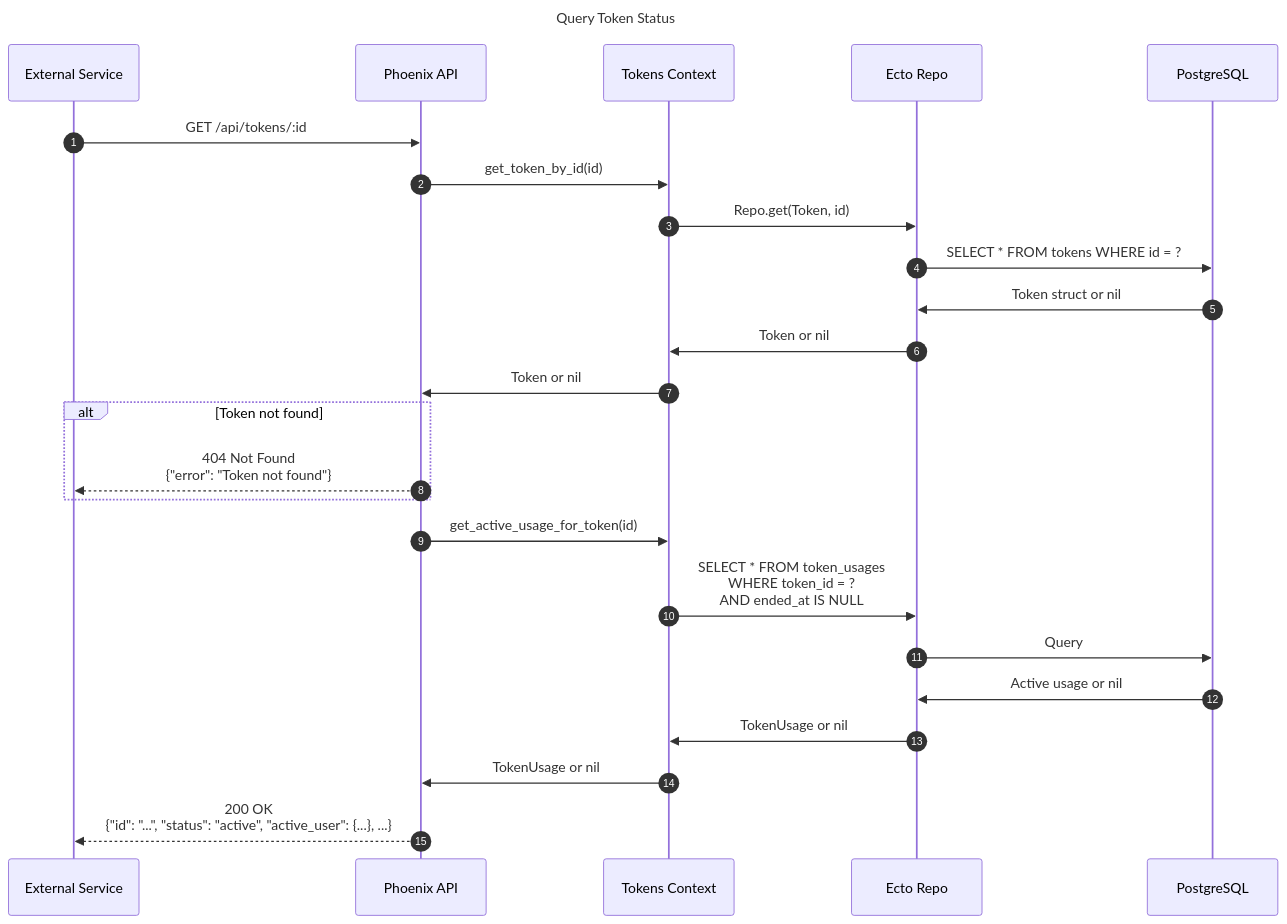
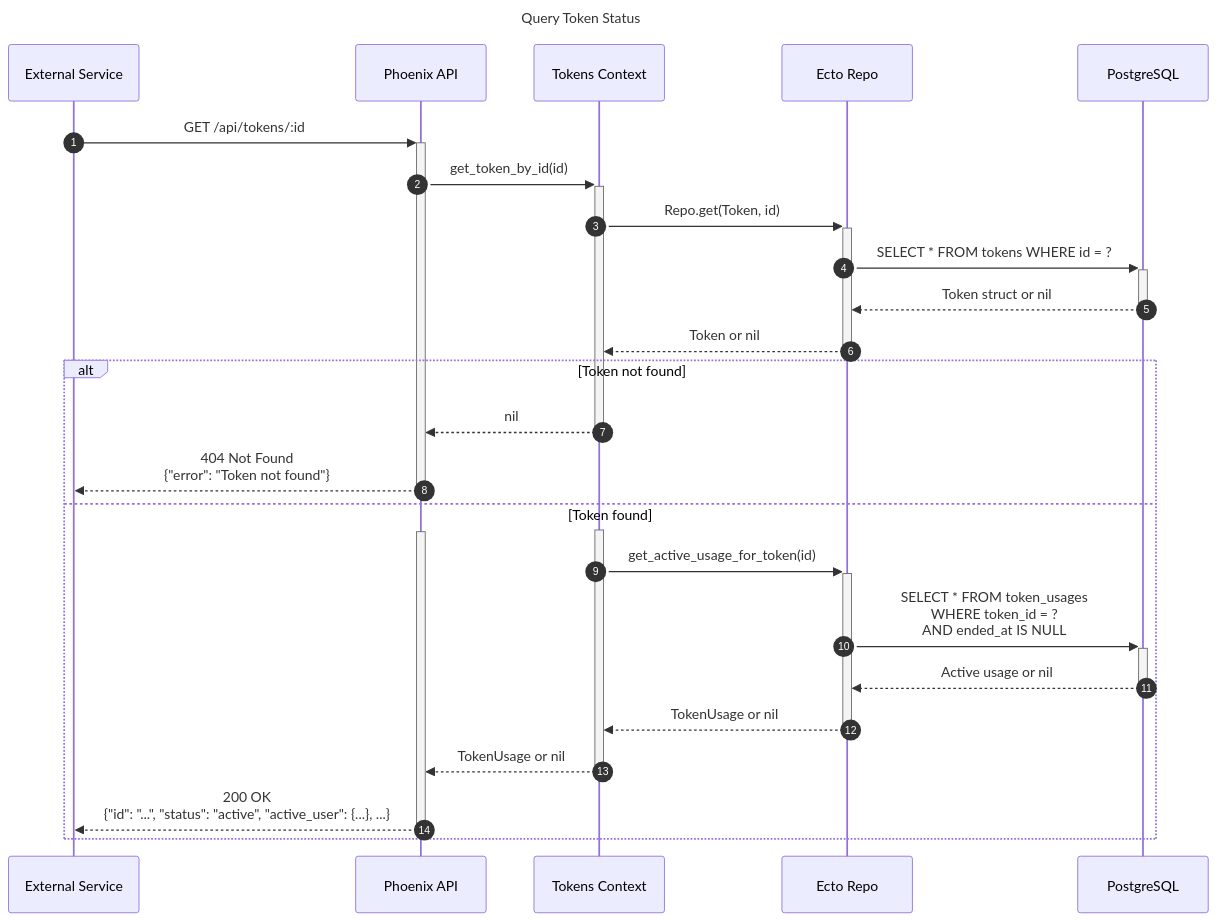
Before and after one commit to helderbarboza/token_guard: the third of 6 diagrams in README.md, drawn with Mermaid. The commit also changed other lines of this file, not shown here.

Commit message:
docs: fix diagrams

````diff
--- a/README.md
+++ b/README.md
@@ -293,32 +302,32 @@
 ```mermaid
 sequenceDiagram
     title Query Token Status
     autonumber
     participant Client as External Service
     participant API as Phoenix API
     participant Tokens as Tokens Context
     participant Repo as Ecto Repo
     participant DB as PostgreSQL
 
-    Client->>API: GET /api/tokens/:id
+    Client->>+API: GET /api/tokens/:id
     
-    API->>Tokens: get_token_by_id(id)
-    Tokens->>Repo: Repo.get(Token, id)
-    Repo->>DB: SELECT * FROM tokens WHERE id = ?
-    DB->>Repo: Token struct or nil
-    Repo->>Tokens: Token or nil
-    Tokens->>API: Token or nil
+    API->>+Tokens: get_token_by_id(id)
+    Tokens->>+Repo: Repo.get(Token, id)
+    Repo->>+DB: SELECT * FROM tokens WHERE id = ?
+    DB-->>-Repo: Token struct or nil
+    Repo-->>-Tokens: Token or nil
     
     alt Token not found
-        API-->>Client: 404 Not Found<br/>{"error": "Token not found"}
+        Tokens-->>-API: nil
+        API-->>-Client: 404 Not Found<br/>{"error": "Token not found"}
+    else Token found
+				activate Tokens
+				activate API
+        Tokens->>+Repo: get_active_usage_for_token(id)
+        Repo->>+DB: SELECT * FROM token_usages<br/>WHERE token_id = ?<br/>AND ended_at IS NULL
+        DB-->>-Repo: Active usage or nil
+        Repo-->>-Tokens: TokenUsage or nil
+        Tokens-->>-API: TokenUsage or nil
+        API-->>-Client: 200 OK<br/>{"id": "...", "status": "active", "active_user": {...}, ...}
     end
-    
-    API->>Tokens: get_active_usage_for_token(id)
-    Tokens->>Repo: SELECT * FROM token_usages<br/>WHERE token_id = ?<br/>AND ended_at IS NULL
-    Repo->>DB: Query
-    DB->>Repo: Active usage or nil
-    Repo->>Tokens: TokenUsage or nil
-    Tokens->>API: TokenUsage or nil
-    
-    API-->>Client: 200 OK<br/>{"id": "...", "status": "active", "active_user": {...}, ...}
 ```
````
